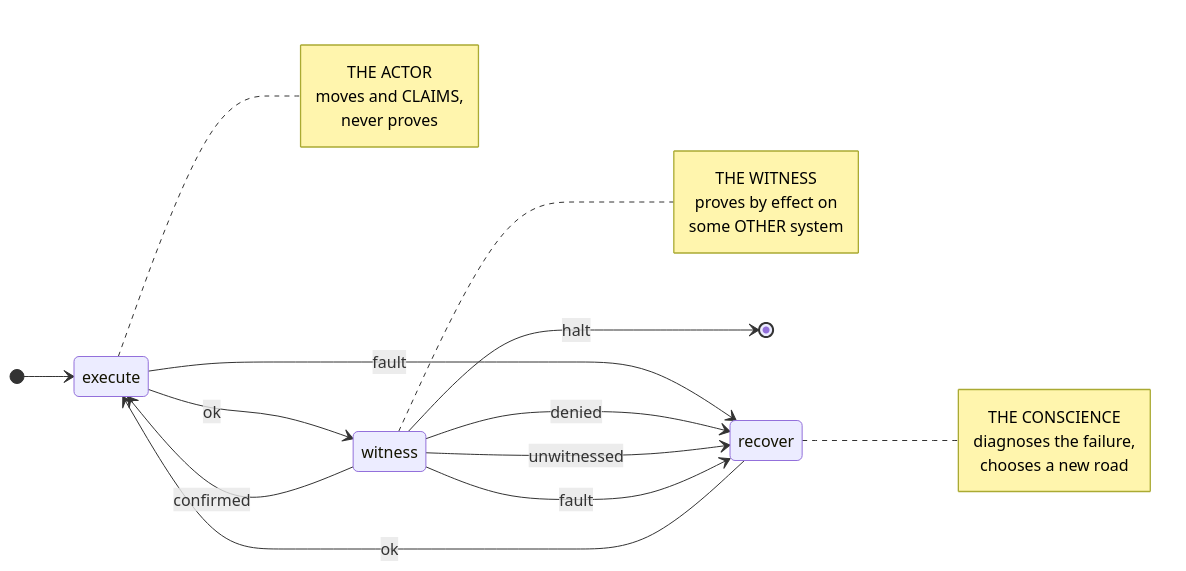
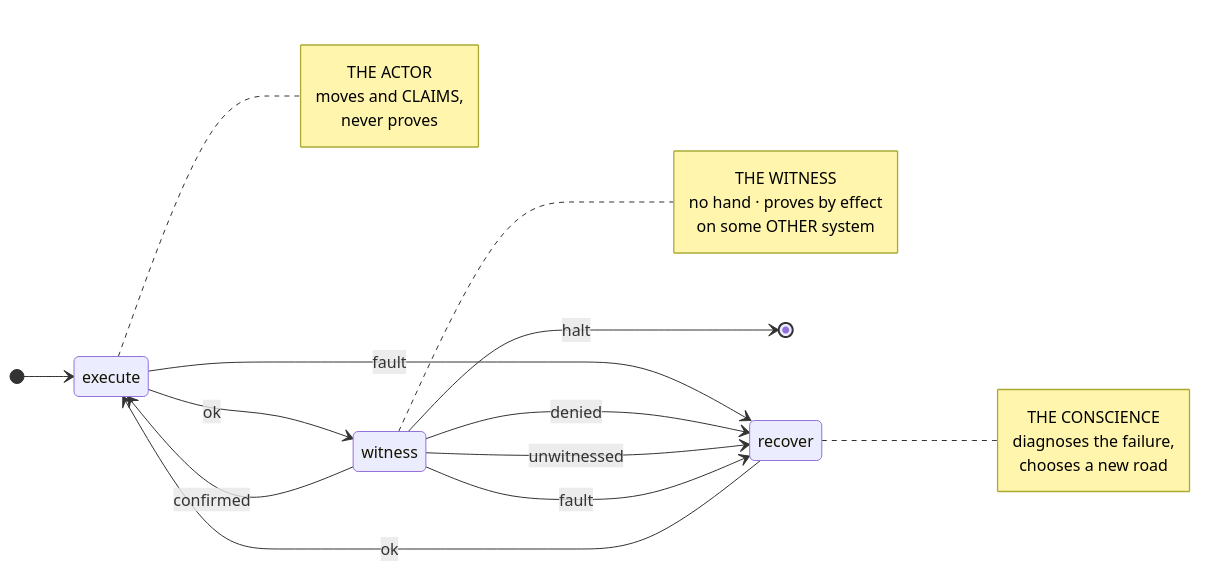
The third of 6 diagrams in README.md (wgabrys88/endgame-ai), drawn with Mermaid before and after one commit. The commit also changed other lines of this file, not shown here.

````diff
--- a/README.md
+++ b/README.md
@@ -116,29 +131,29 @@
 ```mermaid
 stateDiagram-v2
     direction LR
     [*] --> execute
     execute --> witness: ok
     execute --> recover: fault
     witness --> execute: confirmed
     witness --> recover: denied
     witness --> recover: unwitnessed
     witness --> recover: fault
     witness --> [*]: halt
     recover --> execute: ok
 
     note right of execute
       THE ACTOR
       moves and CLAIMS,
       never proves
     end note
     note right of witness
       THE WITNESS
-      proves by effect on
-      some OTHER system
+      no hand · proves by effect
+      on some OTHER system
     end note
     note right of recover
       THE CONSCIENCE
       diagnoses the failure,
       chooses a new road
     end note
 ```
````
